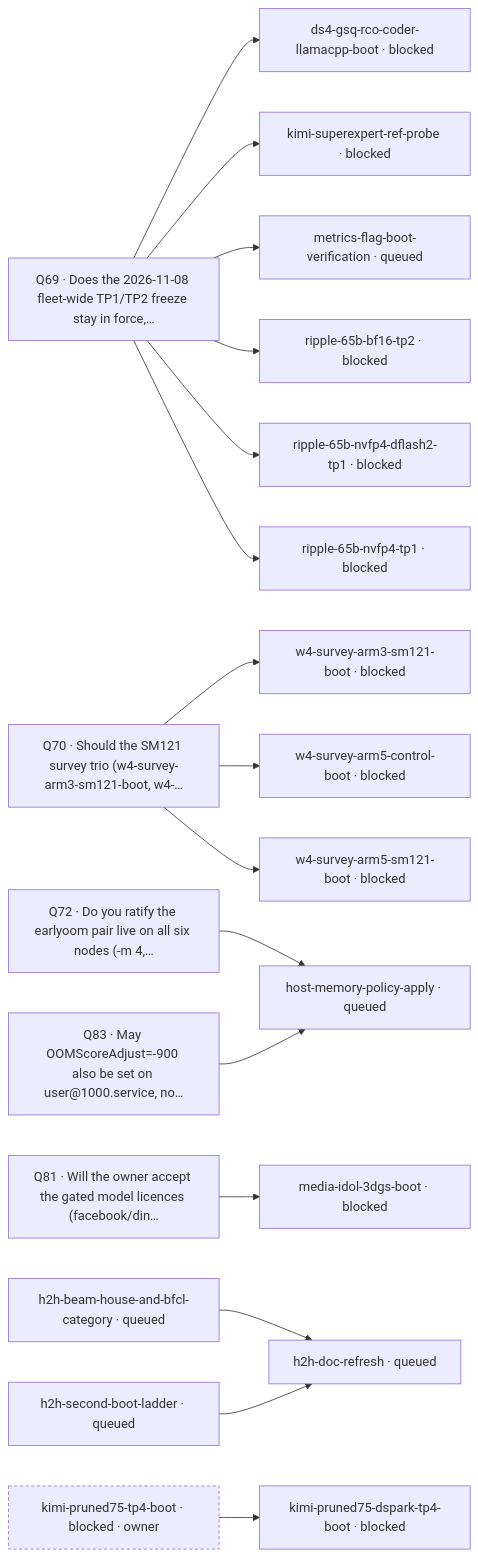
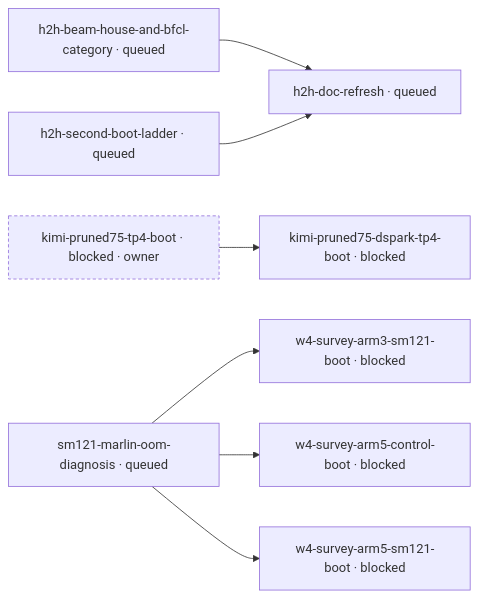
Before and after one commit to littlecedar/sparkrun-recipe-registry: the diagram in mad-science/STATUS.md, drawn with Mermaid. The commit also changed other lines of this file and 1 other file, not shown here.

Commit message:
Board: 01:12 census, and the fleet handed to a live TP4 window
The 00:09 board's fleet was idle; this cycle reads four ranks of one quartet up on
`.31`/`.32`/`.33`/`.35` and everything else flat. The campaign unit stopped
`Result=success` at 00:59:11 holding no lease, and `.local/fleet-window.lock` was
re-written the same minute for `sparkrun-vibe:tp4-boot` on those four nodes,
01:00-04:00 ET — the TP4 unfreeze directive executed, with `#70`'s `.30` exclusion
honoured in the node list.

The boot is the shipped knapcio ds4 arm (image `sha256:3f4480818acb…`, `--tp 4`), it
already answers `/v1/models` 200 and a chat completion at 01:06:11 ET, and its
register row still reads `queued` with no claim: recorded, not corrected.

The pool's used bytes grew 51.1 GB since the 23:04 read and this cycle's pair puts
the whole fleet fall on `.35`, while no pool path is newer than 4 h and no writer
process is visible, so the row reports the growth and its exclusions rather than
naming a cause — the same discipline the 00:09 tick applied to the same signal.
Queue table and graph re-rendered over `5e3c006`: 28 open, zero claims, questions
list empty, six edges.

````diff
--- a/mad-science/STATUS.md
+++ b/mad-science/STATUS.md
@@ -13,41 +14,20 @@
 ```mermaid
 flowchart LR
-  %% 11 blocked, 3 edges, 1 prose-gated, 9 question-gated, 5 question, 10 rows not drawn (--all)
-  q69["Q69 · Does the 2026-11-08 fleet-wide TP1/TP2 freeze stay in force,…"]
-  q70["Q70 · Should the SM121 survey trio (w4-survey-arm3-sm121-boot, w4-…"]
-  q72["Q72 · Do you ratify the earlyoom pair live on all six nodes (-m 4,…"]
-  q81["Q81 · Will the owner accept the gated model licences (facebook/din…"]
-  q83["Q83 · May OOMScoreAdjust=-900 also be set on user@1000.service, no…"]
-  t1["ds4-gsq-rco-coder-llamacpp-boot · blocked"]
-  t2["h2h-beam-house-and-bfcl-category · queued"]
-  t3["h2h-doc-refresh · queued"]
-  t4["h2h-second-boot-ladder · queued"]
-  t5["host-memory-policy-apply · queued"]
-  t6["kimi-pruned75-dspark-tp4-boot · blocked"]
-  t7["kimi-pruned75-tp4-boot · blocked · owner"]:::no-recorded-edge
-  t8["kimi-superexpert-ref-probe · blocked"]
-  t9["media-idol-3dgs-boot · blocked"]
-  t10["metrics-flag-boot-verification · queued"]
-  t11["ripple-65b-bf16-tp2 · blocked"]
-  t12["ripple-65b-nvfp4-dflash2-tp1 · blocked"]
-  t13["ripple-65b-nvfp4-tp1 · blocked"]
-  t14["w4-survey-arm3-sm121-boot · blocked"]
-  t15["w4-survey-arm5-control-boot · blocked"]
-  t16["w4-survey-arm5-sm121-boot · blocked"]
-  q69 --> t1
-  q69 --> t8
-  q69 --> t10
-  q69 --> t11
-  q69 --> t12
-  q69 --> t13
-  q70 --> t14
-  q70 --> t15
-  q70 --> t16
-  q72 --> t5
-  q81 --> t9
-  q83 --> t5
-  t2 --> t3
-  t4 --> t3
-  t7 --> t6
+  %% 11 blocked, 6 edges, 7 prose-gated, 0 question-gated, 0 question, 19 rows not drawn (--all)
+  t1["h2h-beam-house-and-bfcl-category · queued"]
+  t2["h2h-doc-refresh · queued"]
+  t3["h2h-second-boot-ladder · queued"]
+  t4["kimi-pruned75-dspark-tp4-boot · blocked"]
+  t5["kimi-pruned75-tp4-boot · blocked · owner"]:::no-recorded-edge
+  t6["sm121-marlin-oom-diagnosis · queued"]
+  t7["w4-survey-arm3-sm121-boot · blocked"]
+  t8["w4-survey-arm5-control-boot · blocked"]
+  t9["w4-survey-arm5-sm121-boot · blocked"]
+  t1 --> t2
+  t3 --> t2
+  t5 --> t4
+  t6 --> t7
+  t6 --> t8
+  t6 --> t9
   classDef no-recorded-edge stroke-dasharray: 4 3
 ```
````
